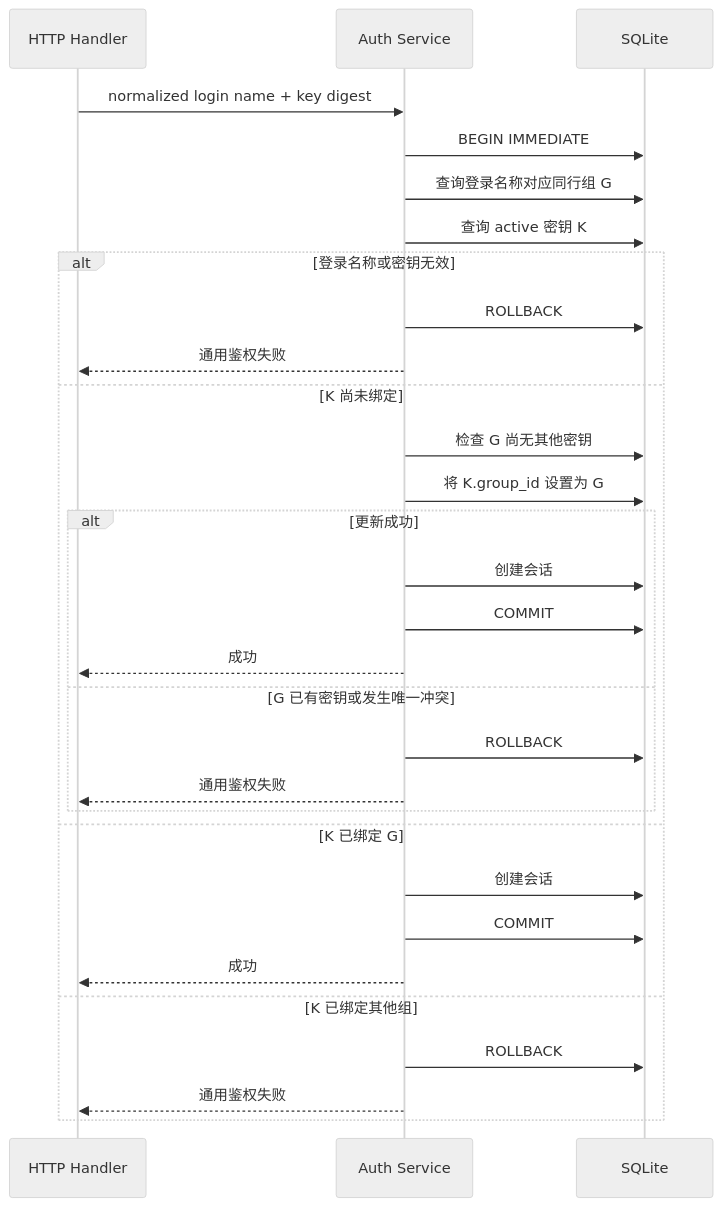
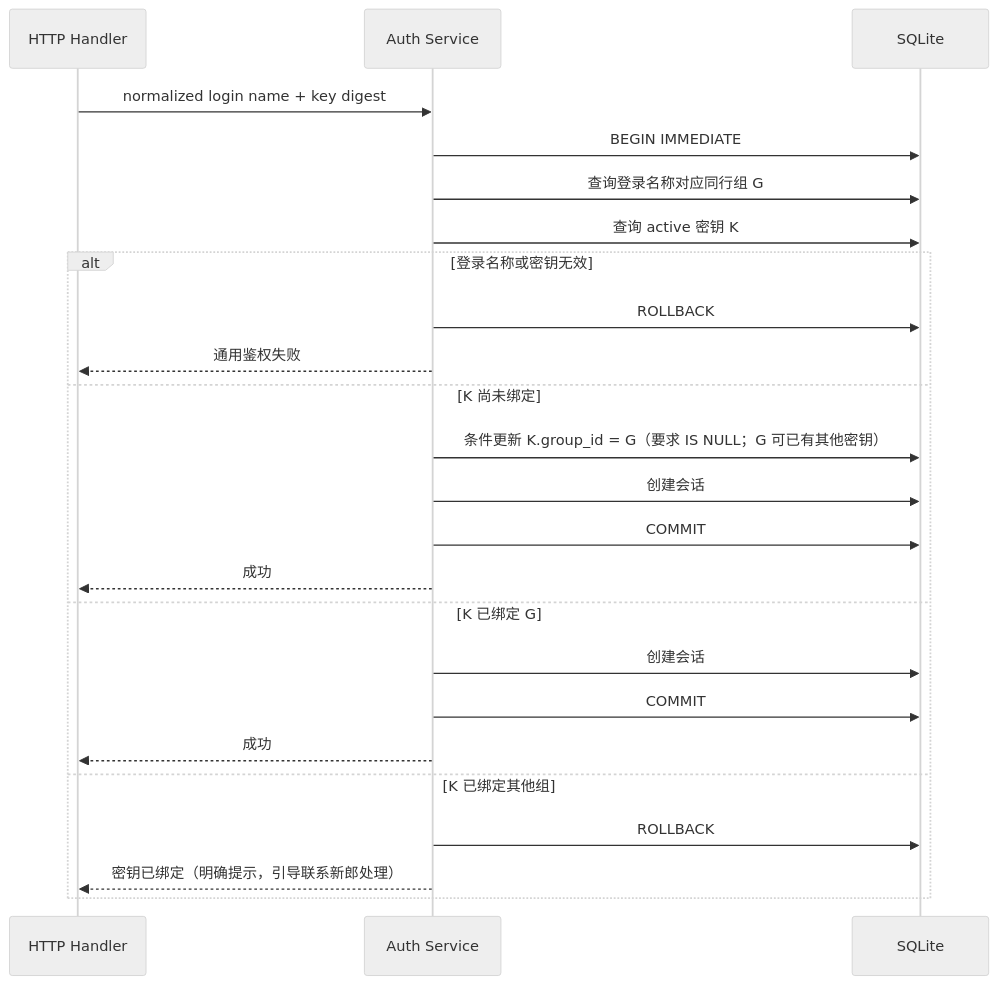
Before and after one commit to stdmkmehp/WeddingGift: the fourth of 5 diagrams in docs/02-technical-architecture.md, drawn with Mermaid (neutral theme). The commit also changed other lines of this file and 27 other files, not shown here.

````diff
--- a/docs/02-technical-architecture.md
+++ b/docs/02-technical-architecture.md
@@ -346,34 +346,28 @@
 ```mermaid
 sequenceDiagram
     participant H as HTTP Handler
     participant A as Auth Service
     participant DB as SQLite
 
     H->>A: normalized login name + key digest
     A->>DB: BEGIN IMMEDIATE
     A->>DB: 查询登录名称对应同行组 G
     A->>DB: 查询 active 密钥 K
 
     alt 登录名称或密钥无效
         A->>DB: ROLLBACK
         A-->>H: 通用鉴权失败
     else K 尚未绑定
-        A->>DB: 检查 G 尚无其他密钥
-        A->>DB: 将 K.group_id 设置为 G
-        alt 更新成功
-            A->>DB: 创建会话
-            A->>DB: COMMIT
-            A-->>H: 成功
-        else G 已有密钥或发生唯一冲突
-            A->>DB: ROLLBACK
-            A-->>H: 通用鉴权失败
-        end
+        A->>DB: 条件更新 K.group_id = G（要求 IS NULL；G 可已有其他密钥）
+        A->>DB: 创建会话
+        A->>DB: COMMIT
+        A-->>H: 成功
     else K 已绑定 G
         A->>DB: 创建会话
         A->>DB: COMMIT
         A-->>H: 成功
     else K 已绑定其他组
         A->>DB: ROLLBACK
-        A-->>H: 通用鉴权失败
+        A-->>H: 密钥已绑定（明确提示，引导联系新郎处理）
     end
 ```
````
